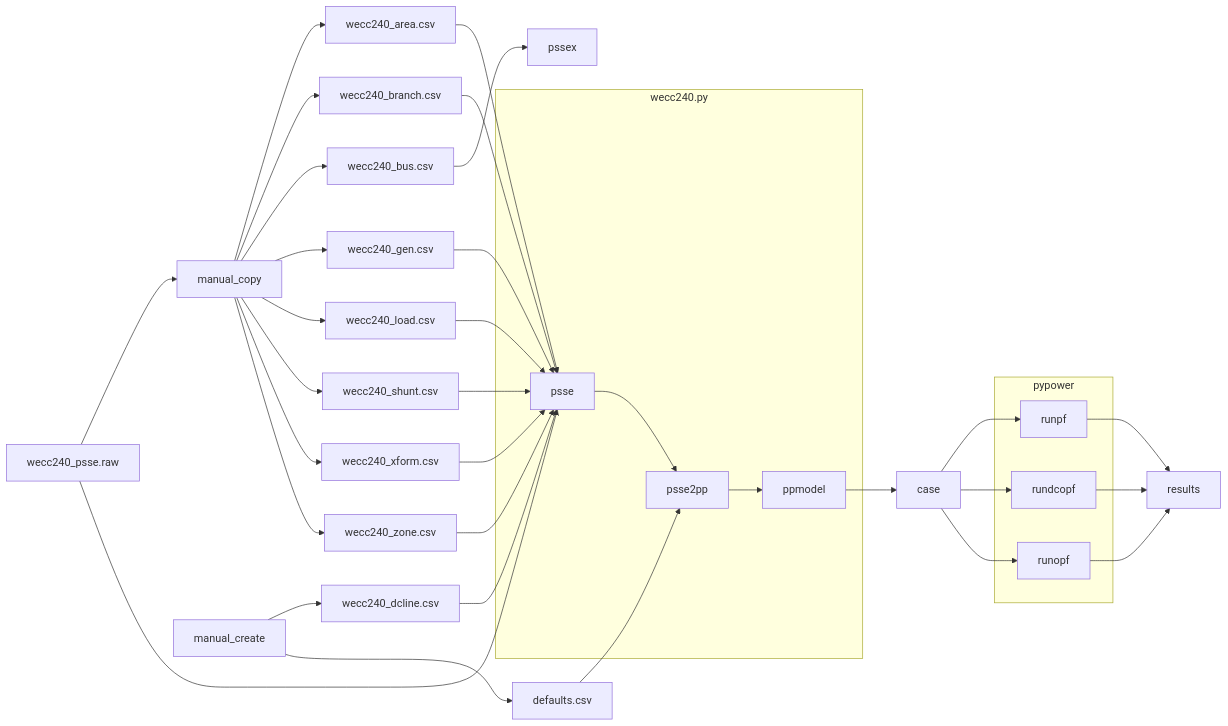
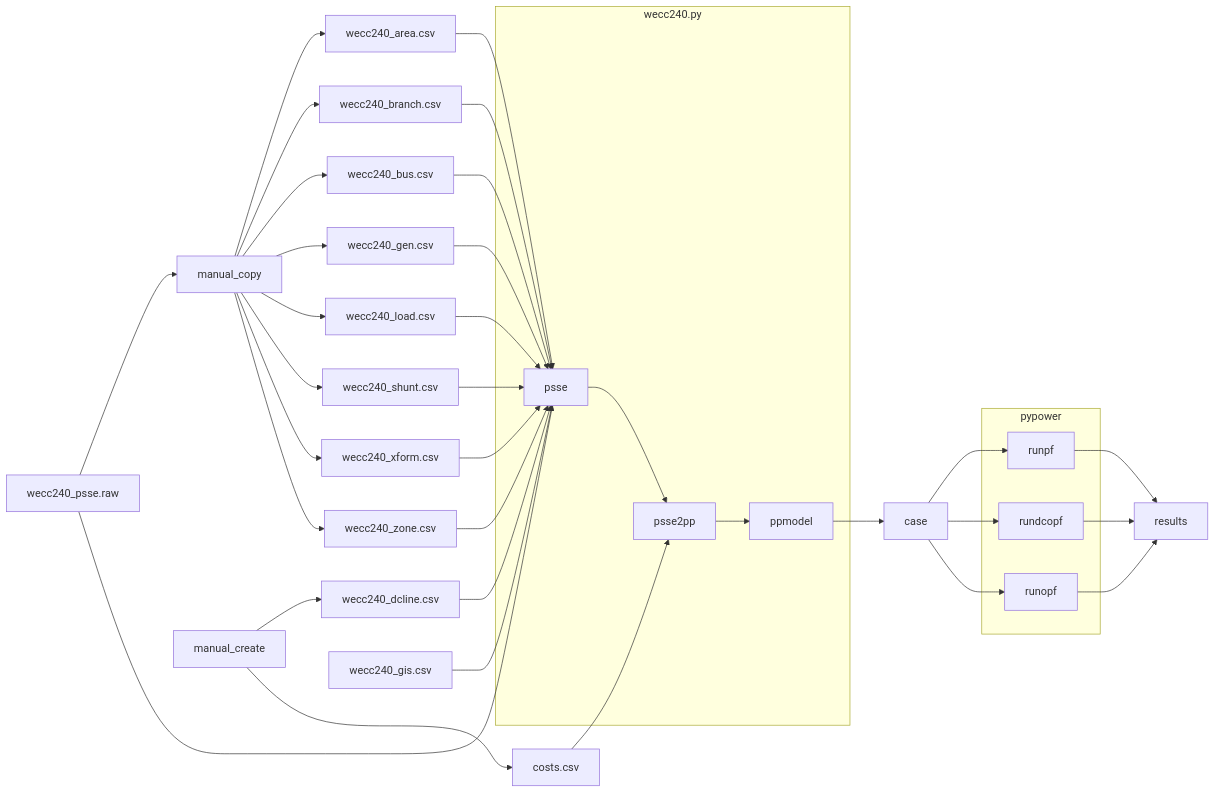
One commit to slacgismo/regrow changed the first of 2 diagrams in pypower/README.md. Above: the diagram before and after it, drawn with Mermaid. The commit also changed 8 other files, not shown here.

````diff
--- a/pypower/README.md
+++ b/pypower/README.md
@@ -5,48 +5,49 @@
 ```mermaid
 flowchart LR
     wecc240_psse.raw --> manual_copy
     wecc240_psse.raw --> psse
     
     manual_copy --> wecc240_area.csv
     manual_copy --> wecc240_branch.csv
     manual_copy --> wecc240_bus.csv
     manual_copy --> wecc240_gen.csv
     manual_copy --> wecc240_load.csv
     manual_copy --> wecc240_shunt.csv
     manual_copy --> wecc240_xform.csv
     manual_copy --> wecc240_zone.csv
 
     manual_create --> wecc240_dcline.csv
-    manual_create --> defaults.csv
+    manual_create --> costs.csv
 
     wecc240_area.csv --> psse
     wecc240_branch.csv --> psse
-    wecc240_bus.csv --> pssex
+    wecc240_bus.csv --> psse
     wecc240_gen.csv --> psse
+    wecc240_gis.csv --> psse
     wecc240_load.csv --> psse
     wecc240_shunt.csv --> psse
     wecc240_xform.csv --> psse
     wecc240_zone.csv --> psse
-    defaults.csv --> psse2pp
+    costs.csv --> psse2pp
 
     wecc240_dcline.csv --> psse
     subgraph wecc240.py
         psse --> psse2pp
         psse2pp --> ppmodel
     end
 
     ppmodel --> case
     case --> runpf
     case --> rundcopf
     case --> runopf
 
     subgraph pypower
         runpf
         rundcopf
         runopf
     end
 
     runpf --> results
     rundcopf --> results
     runopf --> results
 ```
````
